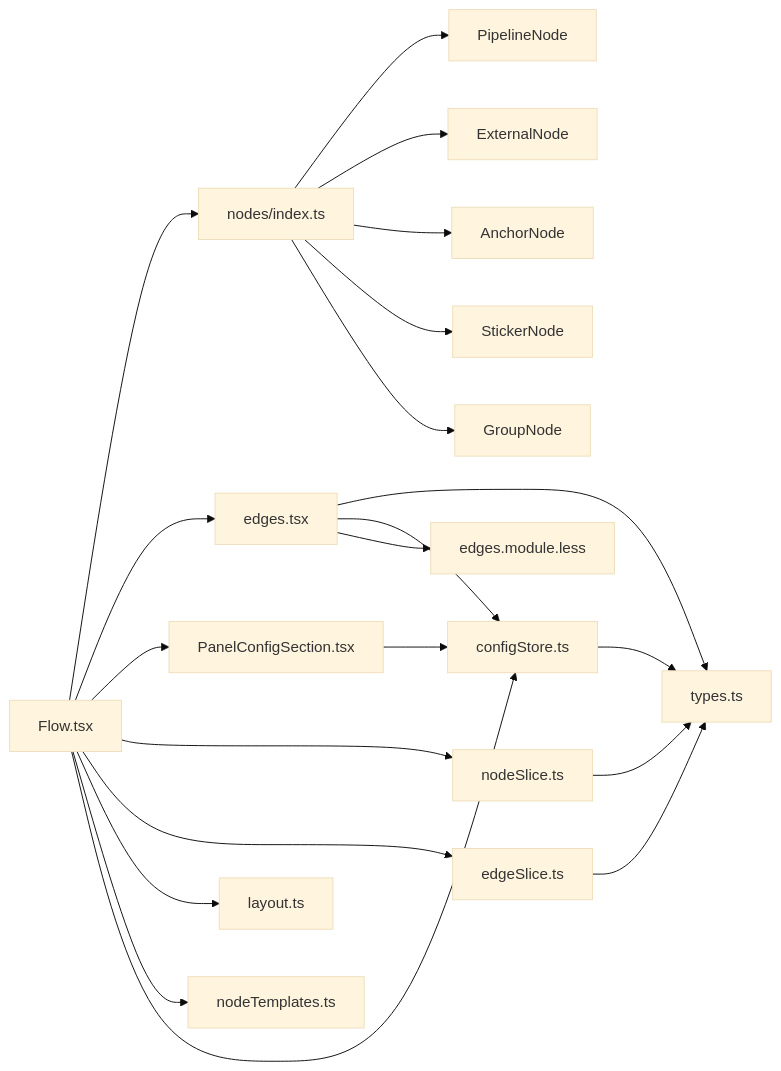
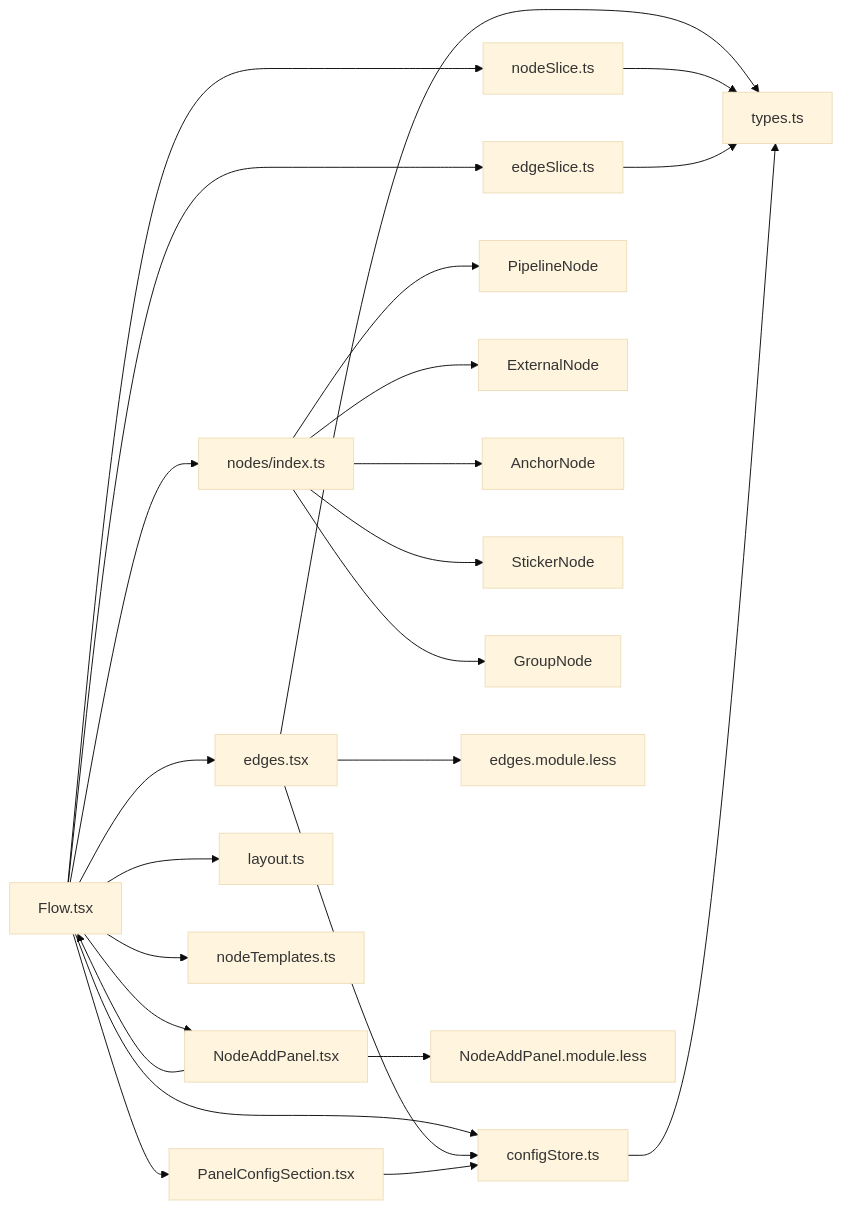
The tenth of 13 diagrams in .qoder/repowiki/zh/content/工作流编辑器/工作流编辑器.md (kqcoxn/MaaPipelineEditor), drawn with Mermaid (base theme) before and after one commit. The commit also changed other lines of this file and 22 other files, not shown here.

````diff
--- a/.qoder/repowiki/zh/content/工作流编辑器/工作流编辑器.md
+++ b/.qoder/repowiki/zh/content/工作流编辑器/工作流编辑器.md
@@ -437,23 +497,26 @@
 ```mermaid
 graph LR
 Flow["Flow.tsx"] --> NodesIdx["nodes/index.ts"]
 Flow --> Edges["edges.tsx"]
 Flow --> ConfigPanel["PanelConfigSection.tsx"]
+Flow --> NodeAddPanel["NodeAddPanel.tsx"]
 Flow --> NS["nodeSlice.ts"]
 Flow --> ES["edgeSlice.ts"]
 Flow --> Layout["layout.ts"]
 Flow --> Templates["nodeTemplates.ts"]
 Flow --> ConfigStore["configStore.ts"]
 NodesIdx --> PN["PipelineNode"]
 NodesIdx --> EN["ExternalNode"]
 NodesIdx --> AN["AnchorNode"]
 NodesIdx --> SN["StickerNode"]
 NodesIdx --> GN["GroupNode"]
 Edges --> Types["types.ts"]
 Edges --> ConfigStore
 Edges --> Styles["edges.module.less"]
 NS --> Types
 ES --> Types
 ConfigPanel --> ConfigStore
 ConfigStore --> Types
+NodeAddPanel --> Flow
+NodeAddPanel --> NodeAddStyles["NodeAddPanel.module.less"]
 ```
````
